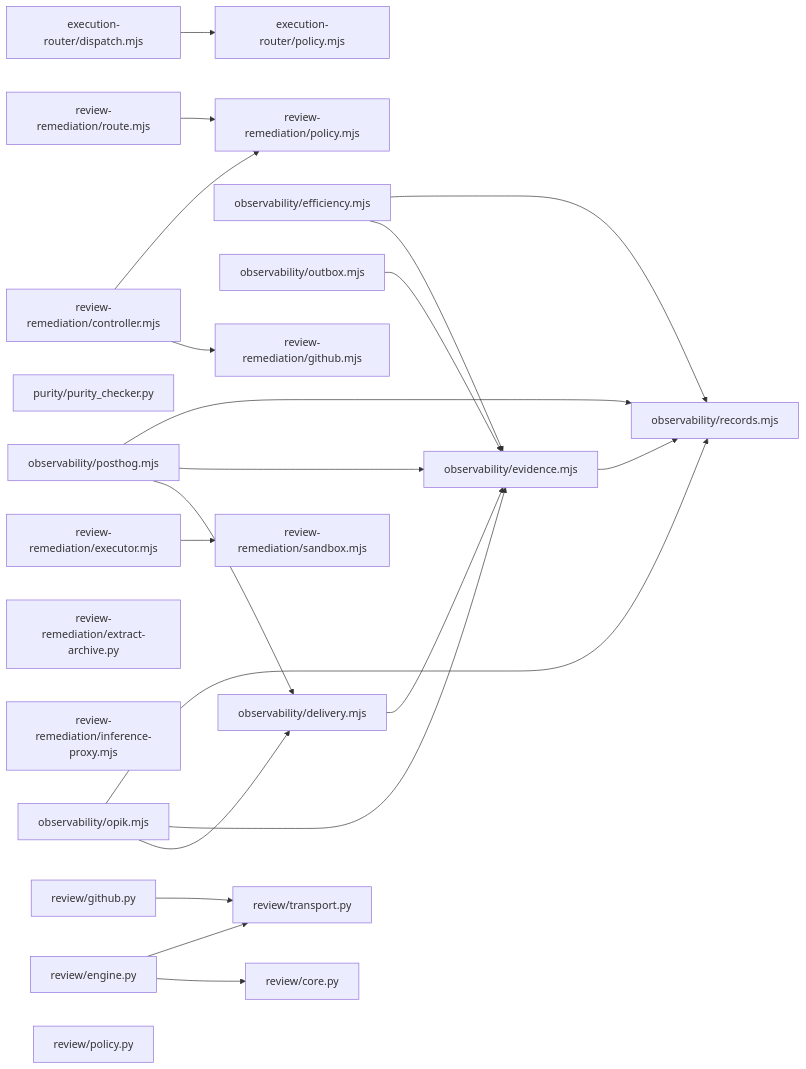
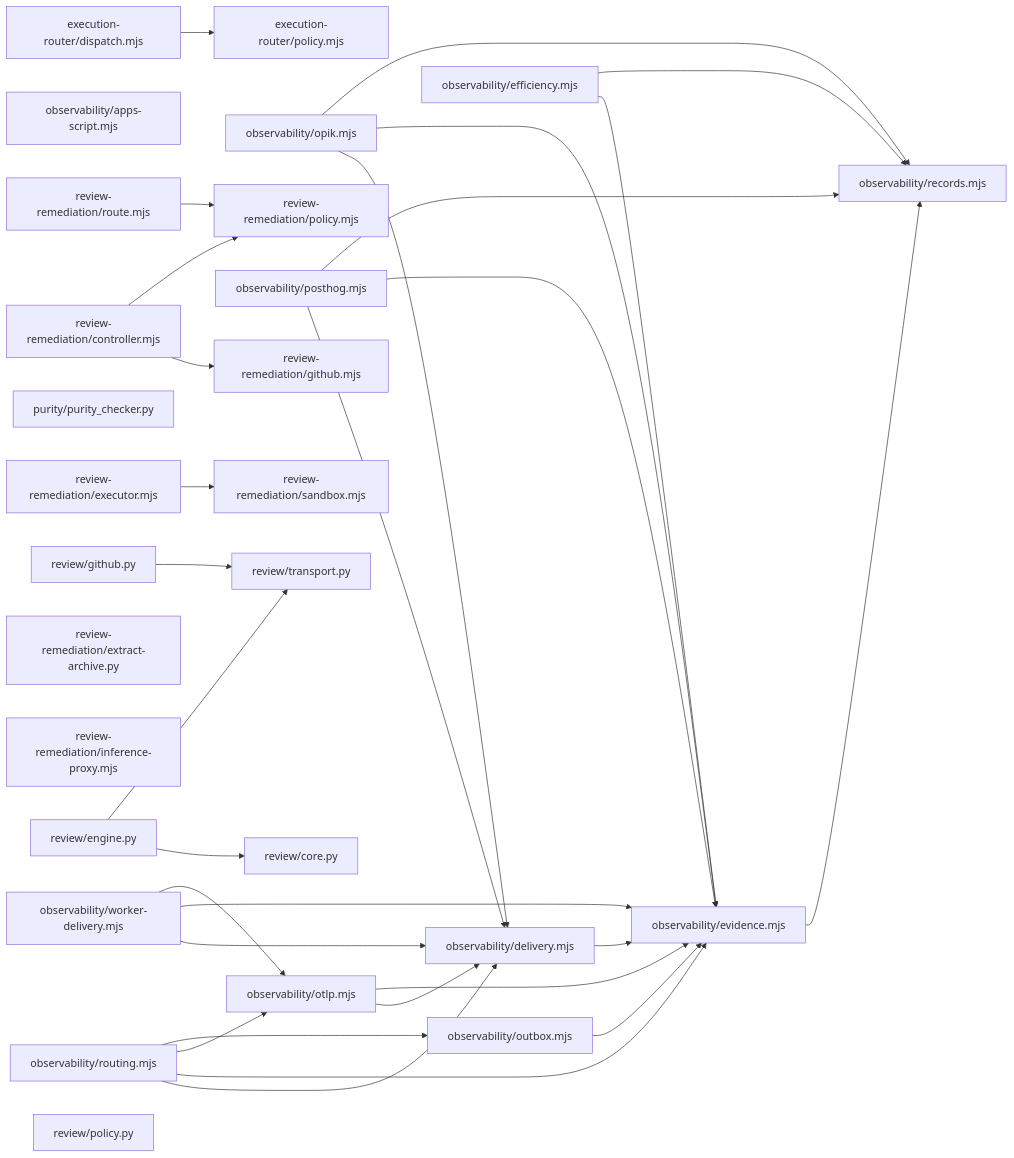
The second of 2 diagrams in docs/generated/runtime-map.md (arbitraged-life/agent-platform), drawn with Mermaid before and after one commit. The commit also changed other lines of this file and 24 other files, not shown here.

First line of the commit message:
feat(observability): add quota-safe dual OTLP delivery (#96)

````diff
--- a/docs/generated/runtime-map.md
+++ b/docs/generated/runtime-map.md
@@ -34,45 +34,58 @@
 ```mermaid
 flowchart LR
     nc6119b3e11ec["execution-router/dispatch.mjs"]
     n7d83f63c67ca["execution-router/policy.mjs"]
+    ne6f1fc7d5ee6["observability/apps-script.mjs"]
     n6d7798d3734d["observability/delivery.mjs"]
     n9f2a6560098a["observability/efficiency.mjs"]
     n0de2f3f4ce1a["observability/evidence.mjs"]
     n4d8b77f09fbd["observability/opik.mjs"]
+    nd4a41462a65e["observability/otlp.mjs"]
     ne68346c600cb["observability/outbox.mjs"]
     n2e277b9cdbe2["observability/posthog.mjs"]
     naf8e142b8748["observability/records.mjs"]
+    n7bb1ccf57095["observability/routing.mjs"]
+    ncd828bd82cd9["observability/worker-delivery.mjs"]
     n2c96340cda5e["purity/purity_checker.py"]
     n1dd1d7c7d1fc["review-remediation/controller.mjs"]
     ndc2ef34d7308["review-remediation/executor.mjs"]
     nc69330eaac30["review-remediation/extract-archive.py"]
     nd1f7354a8562["review-remediation/github.mjs"]
     n8308efa8c6f0["review-remediation/inference-proxy.mjs"]
     n1c84274e6b0d["review-remediation/policy.mjs"]
     n5e86f97aa95c["review-remediation/route.mjs"]
     n7b23a7f6c181["review-remediation/sandbox.mjs"]
     n24375535721f["review/core.py"]
     n1efe283c0030["review/engine.py"]
     nbda559628a9a["review/github.py"]
     nf4725de15231["review/policy.py"]
     n70562998125a["review/transport.py"]
     nc6119b3e11ec --> n7d83f63c67ca
     n6d7798d3734d --> n0de2f3f4ce1a
     n9f2a6560098a --> n0de2f3f4ce1a
     n9f2a6560098a --> naf8e142b8748
     n0de2f3f4ce1a --> naf8e142b8748
     n4d8b77f09fbd --> n6d7798d3734d
     n4d8b77f09fbd --> n0de2f3f4ce1a
     n4d8b77f09fbd --> naf8e142b8748
+    nd4a41462a65e --> n6d7798d3734d
+    nd4a41462a65e --> n0de2f3f4ce1a
     ne68346c600cb --> n0de2f3f4ce1a
     n2e277b9cdbe2 --> n6d7798d3734d
     n2e277b9cdbe2 --> n0de2f3f4ce1a
     n2e277b9cdbe2 --> naf8e142b8748
+    n7bb1ccf57095 --> n6d7798d3734d
+    n7bb1ccf57095 --> n0de2f3f4ce1a
+    n7bb1ccf57095 --> nd4a41462a65e
+    n7bb1ccf57095 --> ne68346c600cb
+    ncd828bd82cd9 --> n6d7798d3734d
+    ncd828bd82cd9 --> n0de2f3f4ce1a
+    ncd828bd82cd9 --> nd4a41462a65e
     n1dd1d7c7d1fc --> nd1f7354a8562
     n1dd1d7c7d1fc --> n1c84274e6b0d
     ndc2ef34d7308 --> n7b23a7f6c181
     n5e86f97aa95c --> n1c84274e6b0d
     n1efe283c0030 --> n24375535721f
     n1efe283c0030 --> n70562998125a
     nbda559628a9a --> n70562998125a
 ```
````
